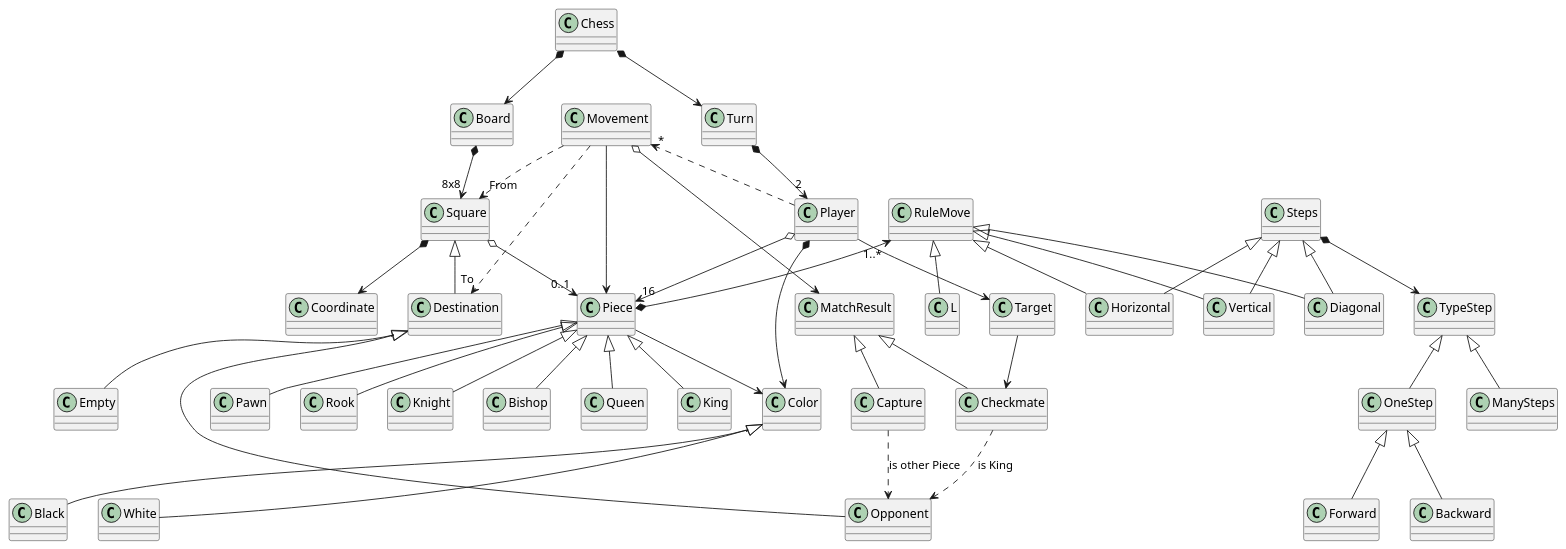
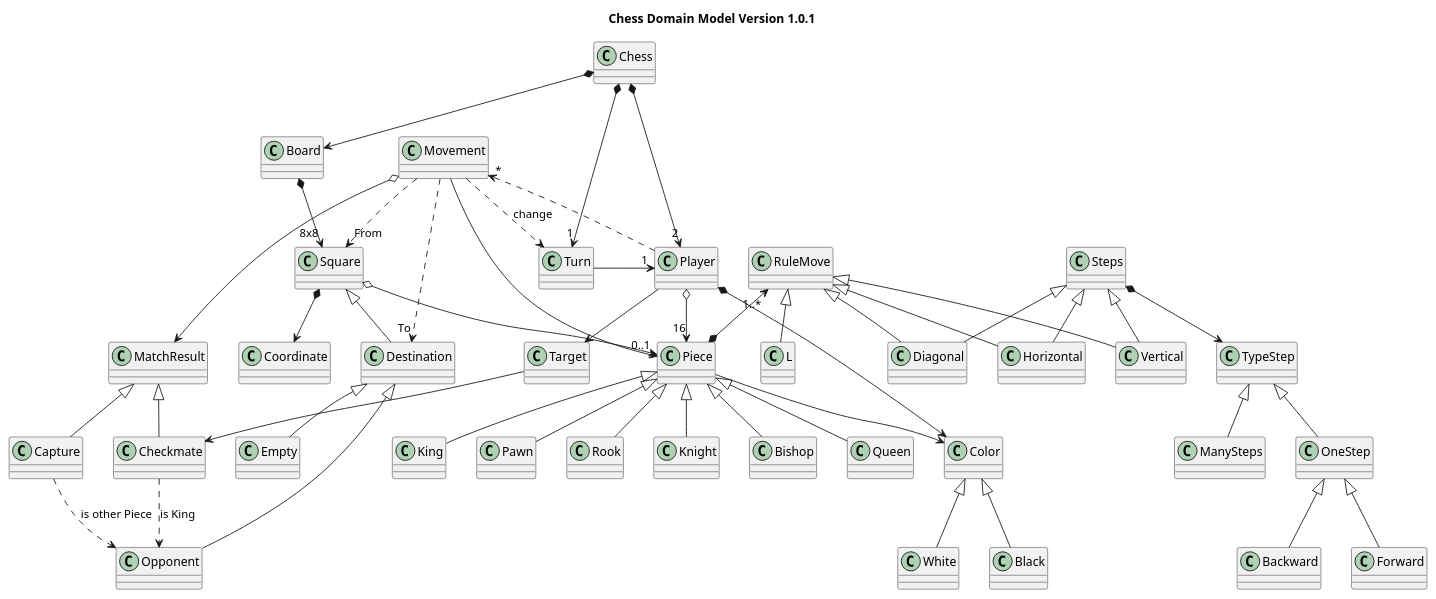
Before and after one commit to japc78/escuelait-masterds-02-poo-chess: the diagram in uml/kodenix/chess-domainmodel.puml, drawn with PlantUML. The commit also changed 1 other file, not shown here.

Commit message:
Fixed Turn asociation

```diff
--- a/uml/kodenix/chess-domainmodel.puml
+++ b/uml/kodenix/chess-domainmodel.puml
@@ -1,122 +1,126 @@
-@startuml ChessDomainModel_v1
+@startuml ChessDomainModel_v1_0_1
+
+	title Chess Domain Model Version 1.0.1
 
 	class Chess
 	
 	
 	
     class Square
 	class Empty
 	class Opponent
     
     class Coordinate
     
 	together {
 		class Player	
 		class RuleMove
 	
 	}
 	
 		class Board
 		class Piece
 		
 	
 
 	
 		class Movement
 		class Turn
 		class RuleMove
 	
 	
 	class Pawn
 	class Rook
 	class Knight
 	class Bishop
 	class Queen
 	class King
 	class Color
 	class White
 	class Black
 	
 	
 	class Checkmate
 	class Capture
 
 	class Target
 	class Steps
 	class TypeStep
 	class OneStep
 	class Forward
 	class Backward
 	class ManySteps
 	class Destination
 	class Checkmate
 
-	Chess *--> Turn
+	Chess *--> "1" Turn
 	Chess *--> Board
-	Turn *--> "2" Player
+	Chess *--> "2" Player
+	Turn --> "1" Player
 
     Board *--> "8x8" Square
 
 	Player ..> "*" Movement
 	Player *--> Color
 	Player o--> "16" Piece
 	/'Player *-- King
 	Player *-- Queen
 	Player *-- "2" Bishop
 	Player *-- "2" Knight
 	Player *-- "2" Rook
 	Player *-- "8" Pawn
 	'/
 	Player --> Target
 	Target --> Checkmate
 
 	Color <|-- White
 	Color <|-- Black
 
 	Piece *--> "1..*" RuleMove
 	Piece <|-- Pawn
 	Piece <|-- Bishop
 	Piece <|-- Knight
 	Piece <|-- Rook
 	Piece <|-- Queen
 	Piece <|-- King
 
 	Piece --> Color
 
+	Movement ..> Turn : change
 	Movement ..> "To" Destination
     Movement ..> "From" Square
 	Movement --> Piece
 	Movement o--> MatchResult
 
 	MatchResult ^-- Checkmate
 	MatchResult ^-- Capture
 	Checkmate ..>  Opponent : "is King"
 	Capture ..>  Opponent : "is other Piece"
 
 	Square o--> "0..1" Piece
     Square <|-- Destination
     Square *--> Coordinate
 
 	Destination <|-- Empty
 	Destination <|-- Opponent
 	'Opponent <|-- Target
 	'Target --> King	
 
 	RuleMove <|-- Horizontal
 	RuleMove <|-- Vertical
 	RuleMove <|-- Diagonal
 	RuleMove <|-- L
 
 	
 	Steps *--> TypeStep
 	TypeStep ^-- OneStep
 		OneStep ^-- Forward
 		OneStep ^-- Backward
 	TypeStep ^-- ManySteps
 	Steps ^-- Horizontal
 	Steps ^-- Vertical
 	Steps ^-- Diagonal
 
 	
 
 @enduml
```
